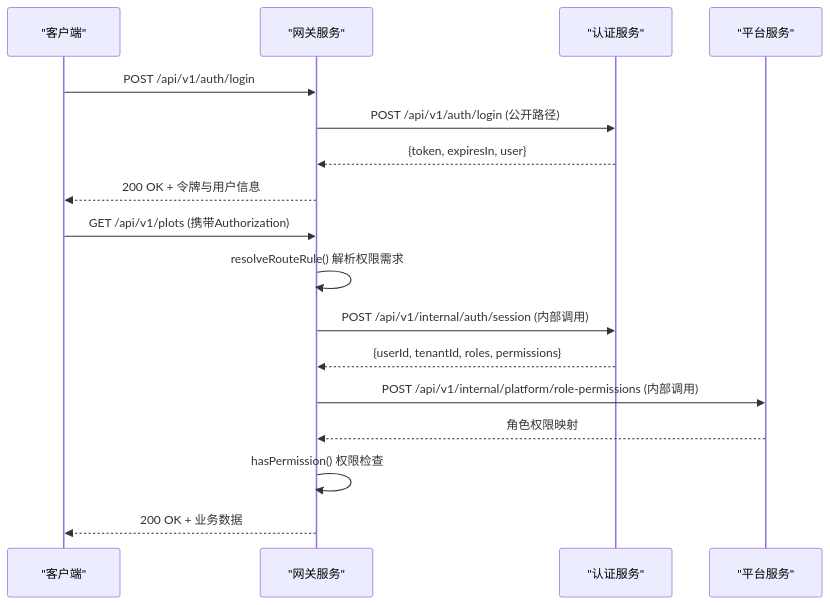
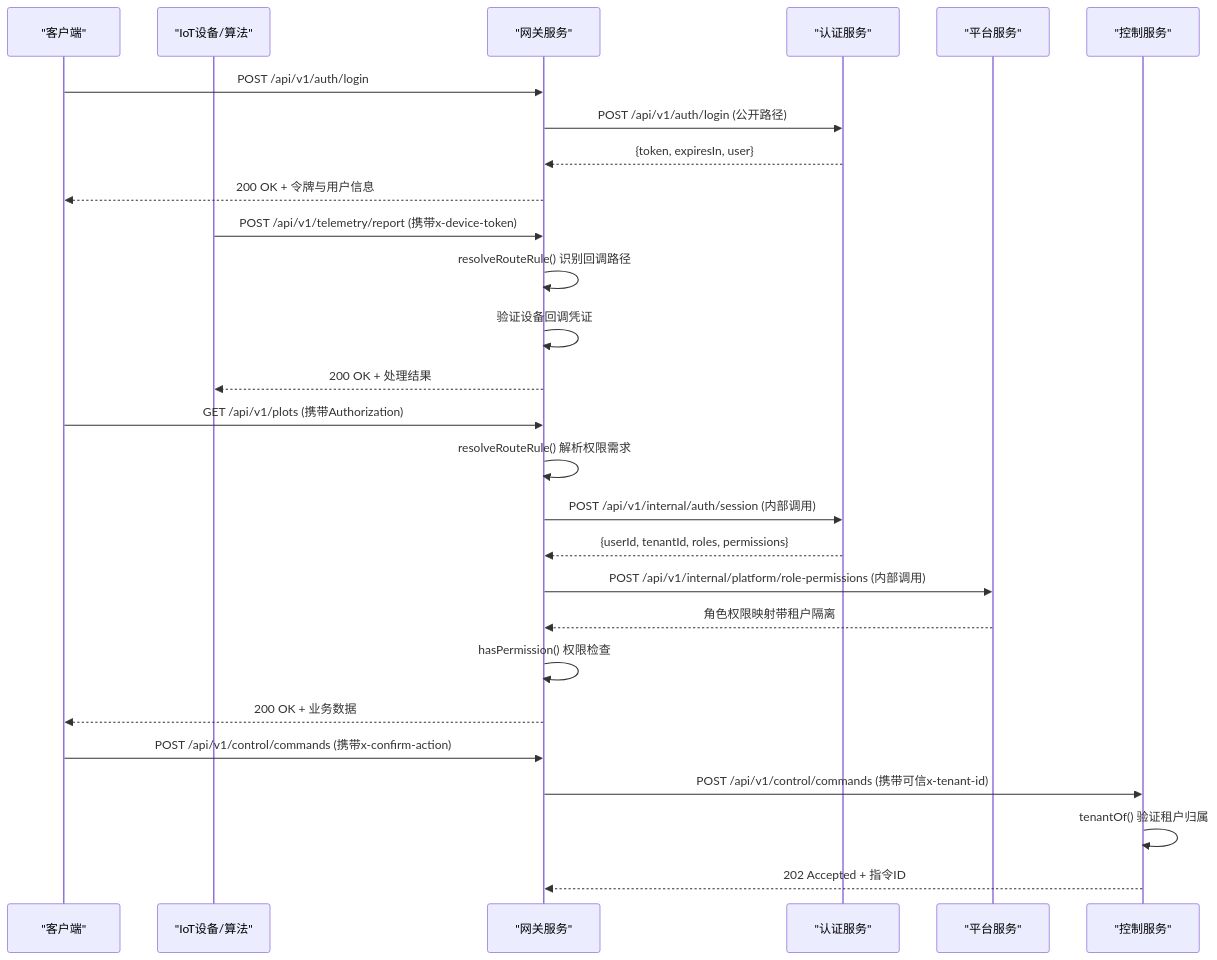
Before and after one commit to q446328246/agri-platform: the second of 7 diagrams in .qoder/repowiki/zh/content/架构设计/安全架构.md, drawn with Mermaid. The commit also changed other lines of this file and 52 other files, not shown here.

````diff
--- a/.qoder/repowiki/zh/content/架构设计/安全架构.md
+++ b/.qoder/repowiki/zh/content/架构设计/安全架构.md
@@ -78,19 +91,29 @@
 ```mermaid
 sequenceDiagram
 participant C as "客户端"
+participant D as "IoT设备/算法"
 participant G as "网关服务"
 participant A as "认证服务"
 participant P as "平台服务"
+participant CTL as "控制服务"
 C->>G : POST /api/v1/auth/login
 G->>A : POST /api/v1/auth/login (公开路径)
 A-->>G : {token, expiresIn, user}
 G-->>C : 200 OK + 令牌与用户信息
+D->>G : POST /api/v1/telemetry/report (携带x-device-token)
+G->>G : resolveRouteRule() 识别回调路径
+G->>G : 验证设备回调凭证
+G-->>D : 200 OK + 处理结果
 C->>G : GET /api/v1/plots (携带Authorization)
 G->>G : resolveRouteRule() 解析权限需求
 G->>A : POST /api/v1/internal/auth/session (内部调用)
 A-->>G : {userId, tenantId, roles, permissions}
 G->>P : POST /api/v1/internal/platform/role-permissions (内部调用)
-P-->>G : 角色权限映射
+P-->>G : 角色权限映射带租户隔离
 G->>G : hasPermission() 权限检查
 G-->>C : 200 OK + 业务数据
+C->>G : POST /api/v1/control/commands (携带x-confirm-action)
+G->>CTL : POST /api/v1/control/commands (携带可信x-tenant-id)
+CTL->>CTL : tenantOf() 验证租户归属
+CTL-->>G : 202 Accepted + 指令ID
 ```
````
